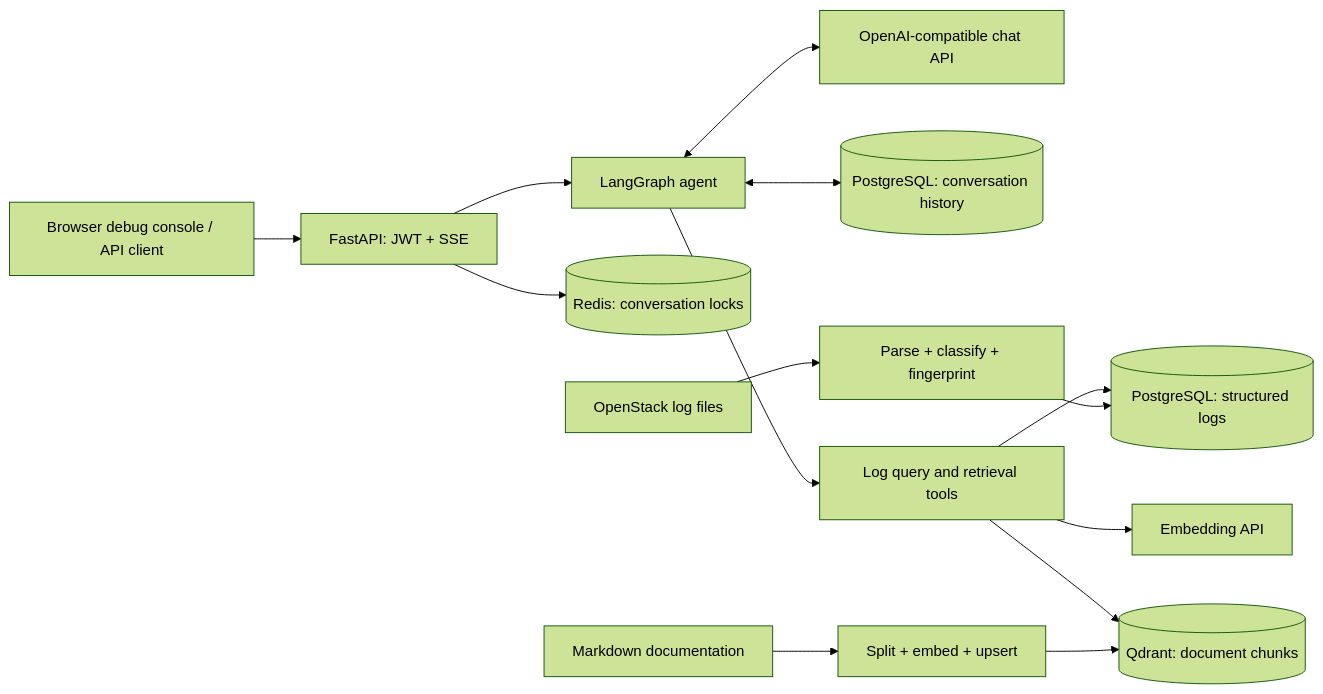
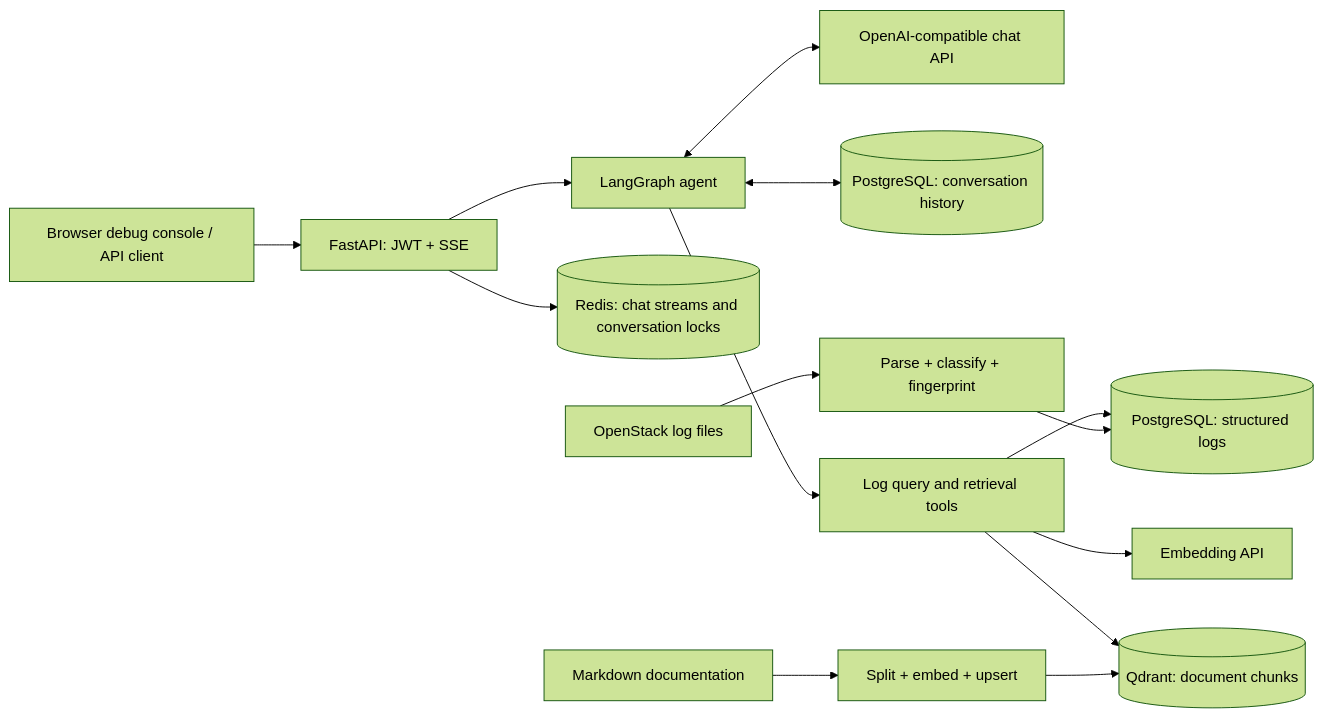
Before and after one commit to moonduming/mini_agent: the diagram in README.md, drawn with Mermaid (forest theme). The commit also changed other lines of this file and 13 other files, not shown here.

````diff
--- a/README.md
+++ b/README.md
@@ -40,16 +40,16 @@
 ```mermaid
 flowchart LR
     UI[Browser debug console / API client] --> API[FastAPI: JWT + SSE]
     API --> Agent[LangGraph agent]
-    API --> Redis[(Redis: conversation locks)]
+    API --> Redis[(Redis: chat streams and conversation locks)]
     Agent <--> LLM[OpenAI-compatible chat API]
     Agent <--> History[(PostgreSQL: conversation history)]
     Agent --> Tools[Log query and retrieval tools]
     Tools --> Logs[(PostgreSQL: structured logs)]
     Tools --> Embeddings[Embedding API]
     Tools --> Qdrant[(Qdrant: document chunks)]
     Raw[OpenStack log files] --> Parser[Parse + classify + fingerprint]
     Parser --> Logs
     Docs[Markdown documentation] --> Ingest[Split + embed + upsert]
     Ingest --> Qdrant
 ```
````
